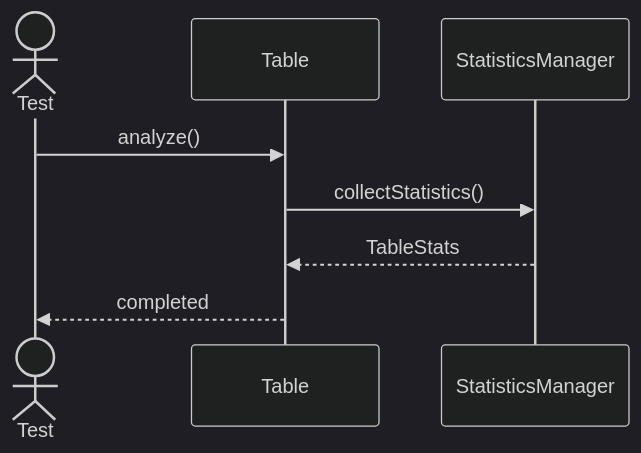
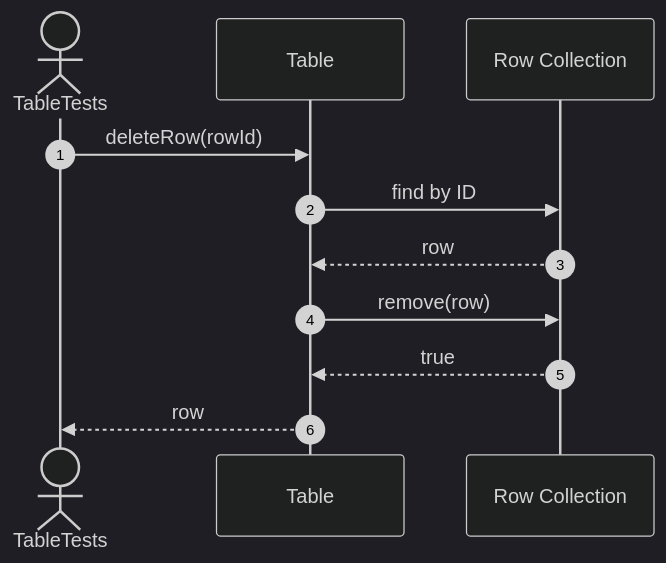
Diagram 13 of 20 in src/tests/unit/metadata/sequences/tables-testing.se.md (FhuAnn/-bbv-AN-s-DBMS), drawn with Mermaid (dark theme) before and after one commit. The commit also changed other lines of this file and 60 other files, not shown here.

Commit message:
refactor data table, row, column, constraint, index test file

````diff
--- a/src/tests/unit/metadata/sequences/tables-testing.se.md
+++ b/src/tests/unit/metadata/sequences/tables-testing.se.md
@@ -259,14 +232,14 @@
 ```mermaid
 sequenceDiagram
-actor Test
-participant Table
-participant StatisticsManager
+    autonumber
+    actor Test as TableTests
+    participant Table as Table
+    participant Rows as Row Collection
 
-Test->>Table: analyze()
-
-Table->>StatisticsManager: collectStatistics()
-
-StatisticsManager-->>Table: TableStats
-
-Table-->>Test: completed
+    Test->>Table: deleteRow(rowId)
+    Table->>Rows: find by ID
+    Rows-->>Table: row
+    Table->>Rows: remove(row)
+    Rows-->>Table: true
+    Table-->>Test: row
 ```
````
